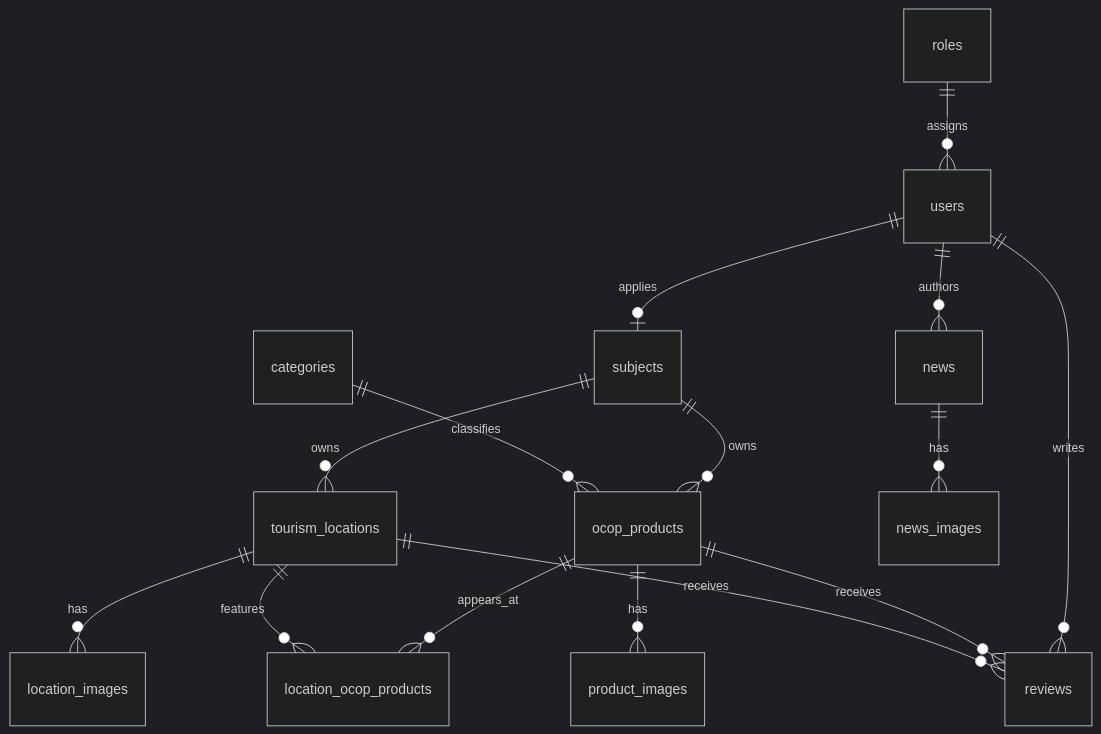
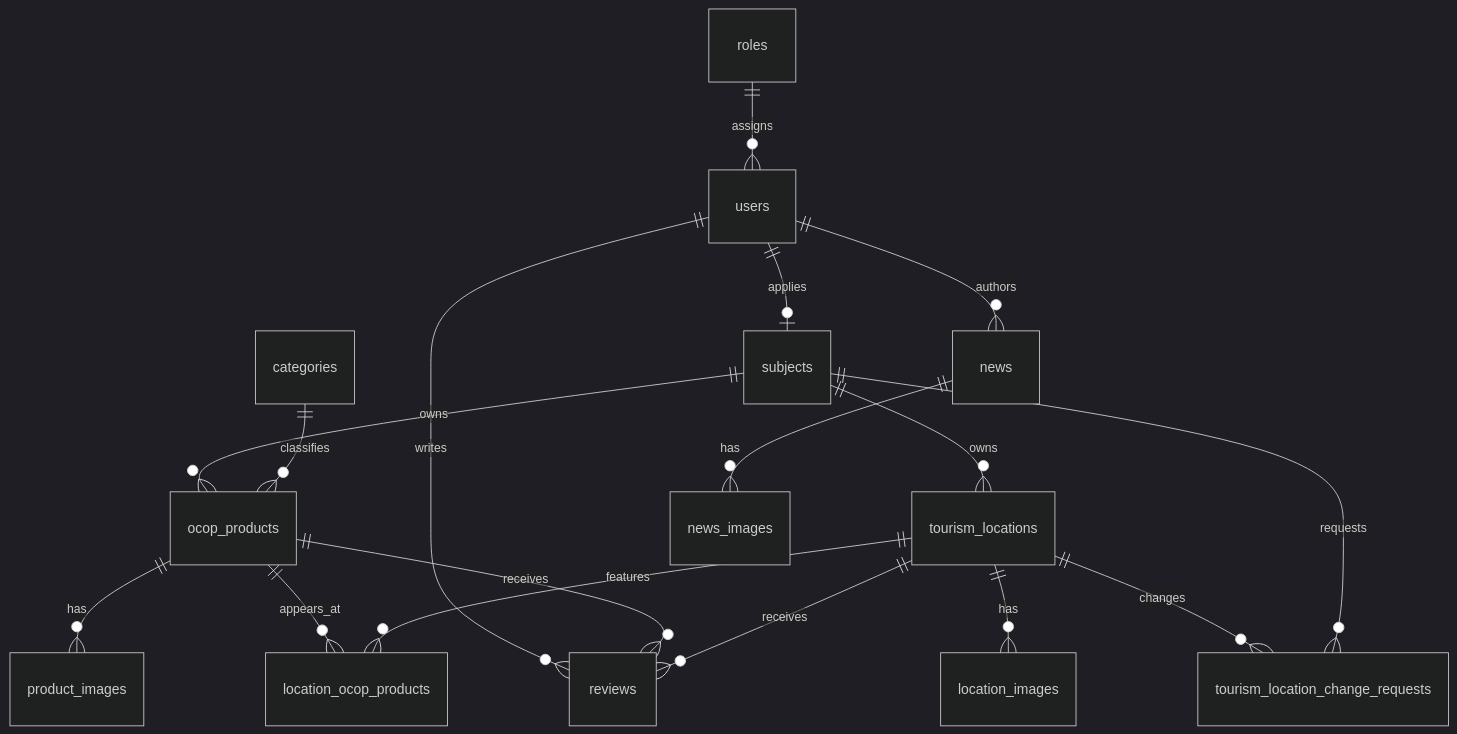
Before and after one commit to Luyen05/ocop-lamdong-portal: the diagram in database/ERD.md, drawn with Mermaid (dark theme). The commit also changed other lines of this file and 6 other files, not shown here.

````diff
--- a/database/ERD.md
+++ b/database/ERD.md
@@ -3,17 +3,19 @@
 ```mermaid
 erDiagram
   roles ||--o{ users : assigns
   users ||--o| subjects : applies
   users ||--o{ reviews : writes
   users ||--o{ news : authors
   subjects ||--o{ ocop_products : owns
   subjects ||--o{ tourism_locations : owns
   categories ||--o{ ocop_products : classifies
   ocop_products ||--o{ product_images : has
   tourism_locations ||--o{ location_images : has
   ocop_products ||--o{ location_ocop_products : appears_at
   tourism_locations ||--o{ location_ocop_products : features
   ocop_products ||--o{ reviews : receives
   tourism_locations ||--o{ reviews : receives
+  tourism_locations ||--o{ tourism_location_change_requests : changes
+  subjects ||--o{ tourism_location_change_requests : requests
   news ||--o{ news_images : has
 ```
````
